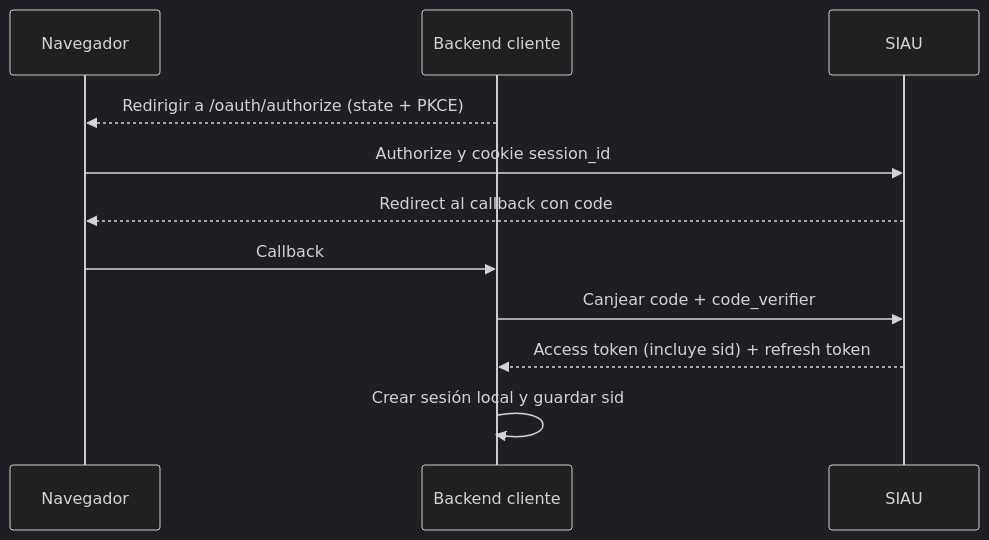
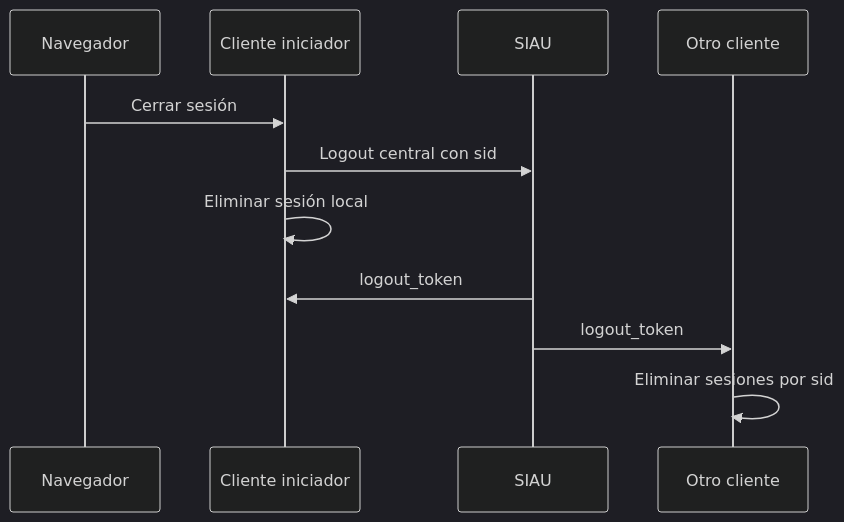
The second of 2 diagrams in docs/architecture/sso-flow.md (joselimbertflores/identity-hub-back), drawn with Mermaid (dark theme) before and after one commit. The commit also changed other lines of this file and 2 other files, not shown here.

````diff
--- a/docs/architecture/sso-flow.md
+++ b/docs/architecture/sso-flow.md
@@ -12,14 +121,13 @@
 ```mermaid
 sequenceDiagram
-    participant U as Navegador
-    participant C as Backend cliente
+    participant N as Navegador
+    participant A as Cliente iniciador
     participant S as SIAU
-
-    C-->>U: Redirigir a /oauth/authorize (state + PKCE)
-    U->>S: Authorize y cookie session_id
-    S-->>U: Redirect al callback con code
-    U->>C: Callback
-    C->>S: Canjear code + code_verifier
-    S-->>C: Access token (incluye sid) + refresh token
-    C->>C: Crear sesión local y guardar sid
+    participant B as Otro cliente
+    N->>A: Cerrar sesión
+    A->>S: Logout central con sid
+    A->>A: Eliminar sesión local
+    S->>A: logout_token
+    S->>B: logout_token
+    B->>B: Eliminar sesiones por sid
 ```
````
